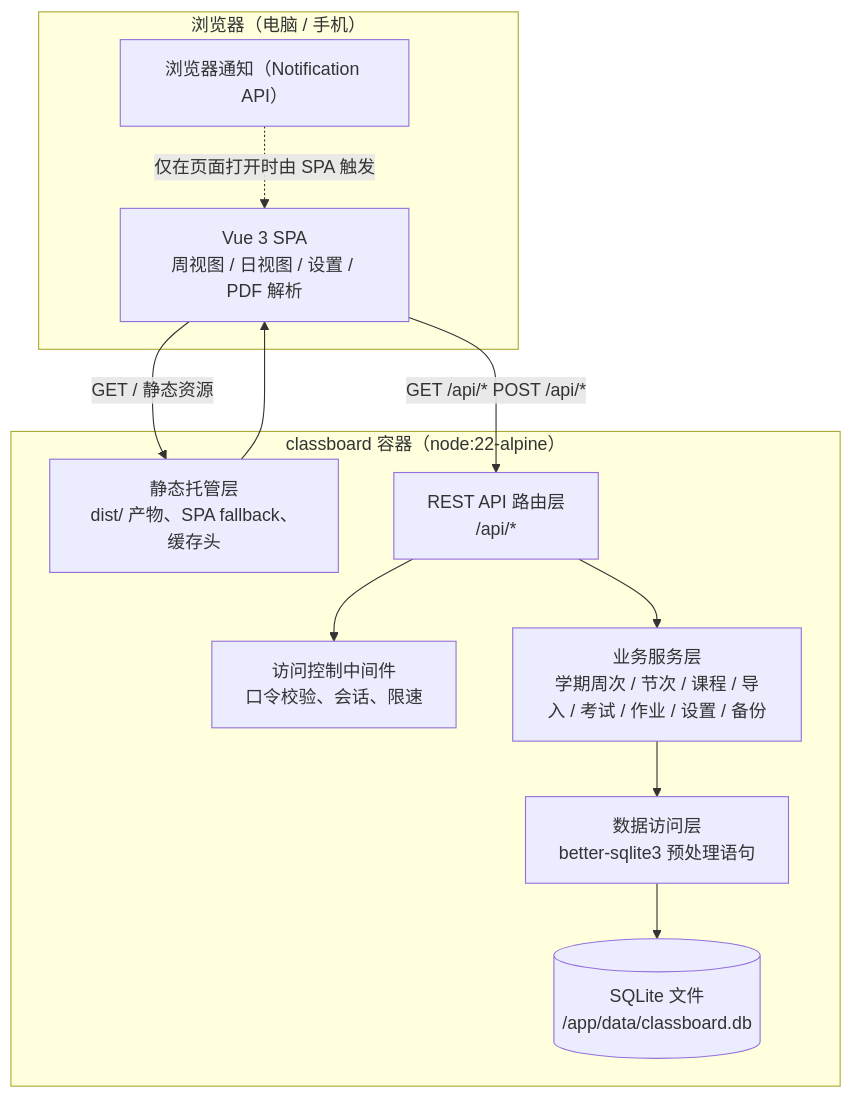
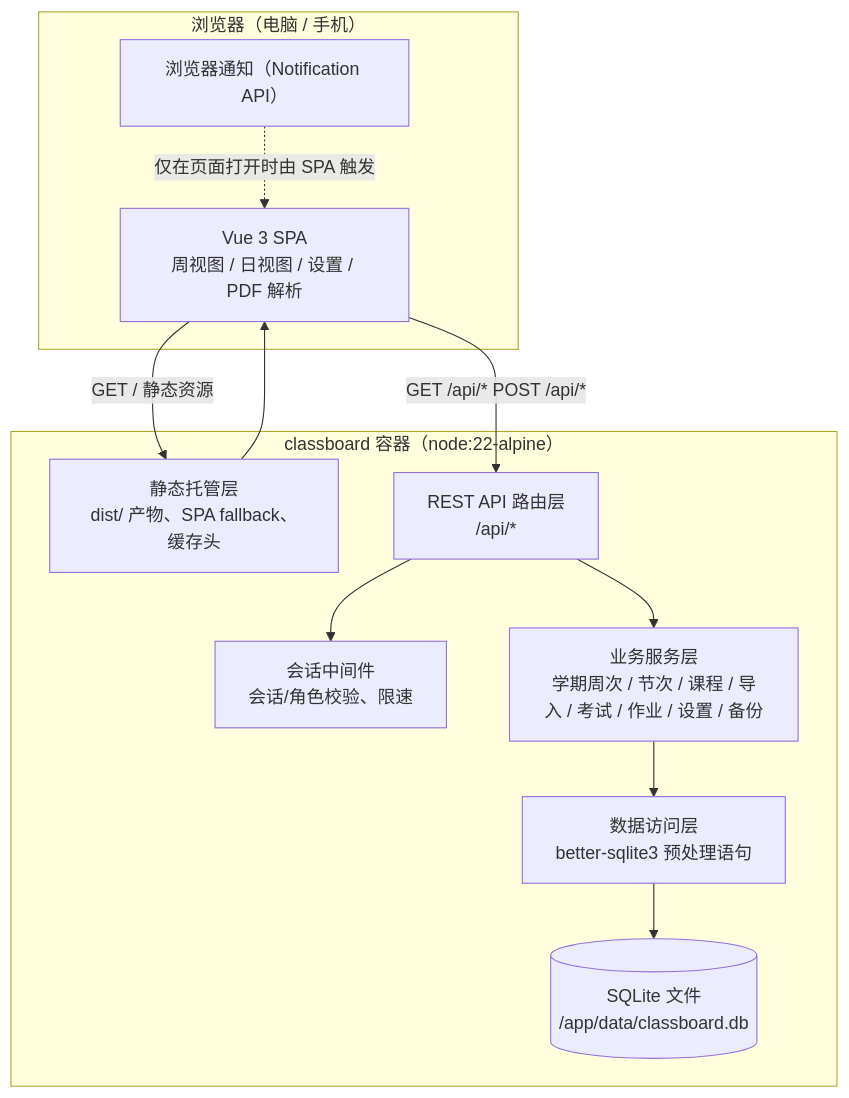
Before and after one commit to 0sour/ClassBoard: the first of 4 diagrams in docs/02-技术设计文档.md, drawn with Mermaid. The commit also changed other lines of this file and 14 other files, not shown here.

````diff
--- a/docs/02-技术设计文档.md
+++ b/docs/02-技术设计文档.md
@@ -72,23 +75,23 @@
 ```mermaid
 graph TB
     subgraph 浏览器["浏览器（电脑 / 手机）"]
         SPA["Vue 3 SPA<br/>周视图 / 日视图 / 设置 / PDF 解析"]
         NOTIF["浏览器通知（Notification API）"]
     end
     subgraph 容器["classboard 容器（node:22-alpine）"]
         STATIC["静态托管层<br/>dist/ 产物、SPA fallback、缓存头"]
-        ACCESS["访问控制中间件<br/>口令校验、会话、限速"]
+        ACCESS["会话中间件<br/>会话/角色校验、限速"]
         API["REST API 路由层<br/>/api/*"]
         BIZ["业务服务层<br/>学期周次 / 节次 / 课程 / 导入 / 考试 / 作业 / 设置 / 备份"]
         REPO["数据访问层<br/>better-sqlite3 预处理语句"]
         DB[("SQLite 文件<br/>/app/data/classboard.db")]
     end
     SPA -->|"GET / 静态资源"| STATIC
     SPA -->|"GET /api/* POST /api/*"| API
     API --> ACCESS
     API --> BIZ
     BIZ --> REPO
     REPO --> DB
     STATIC --> SPA
     NOTIF -.->|"仅在页面打开时由 SPA 触发"| SPA
 ```
````
